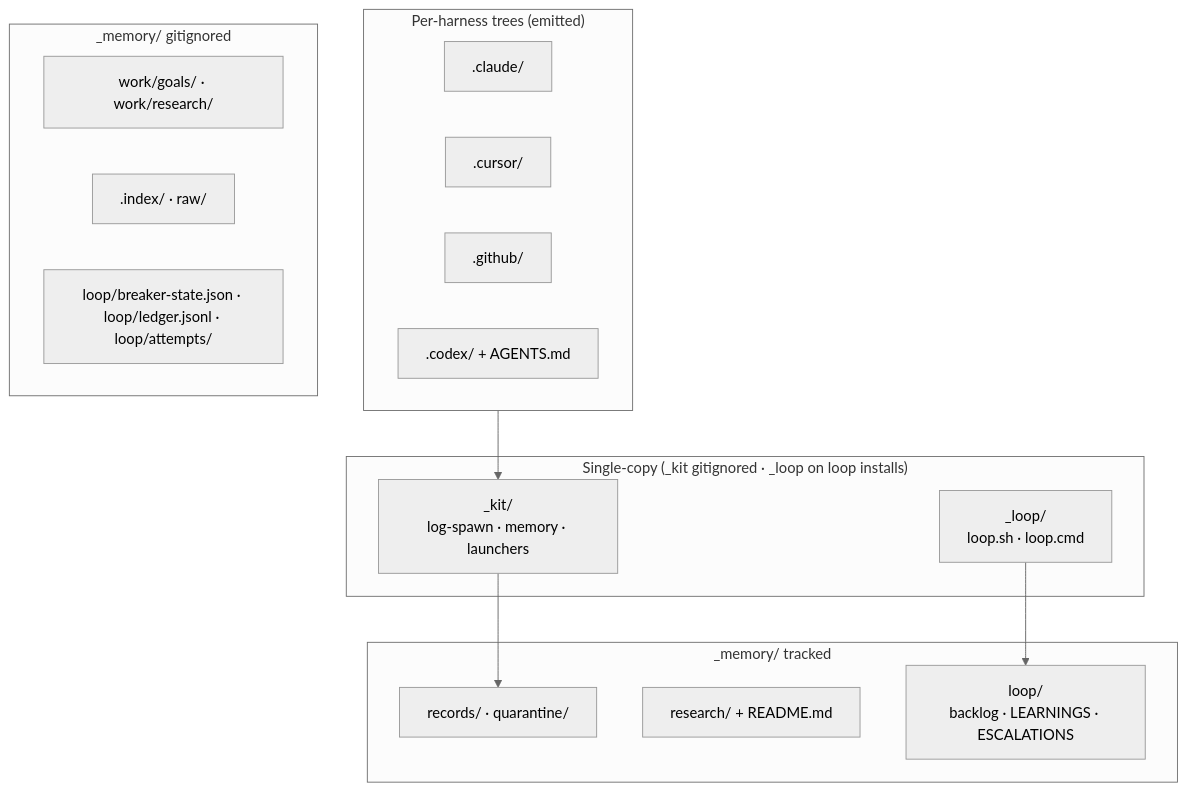
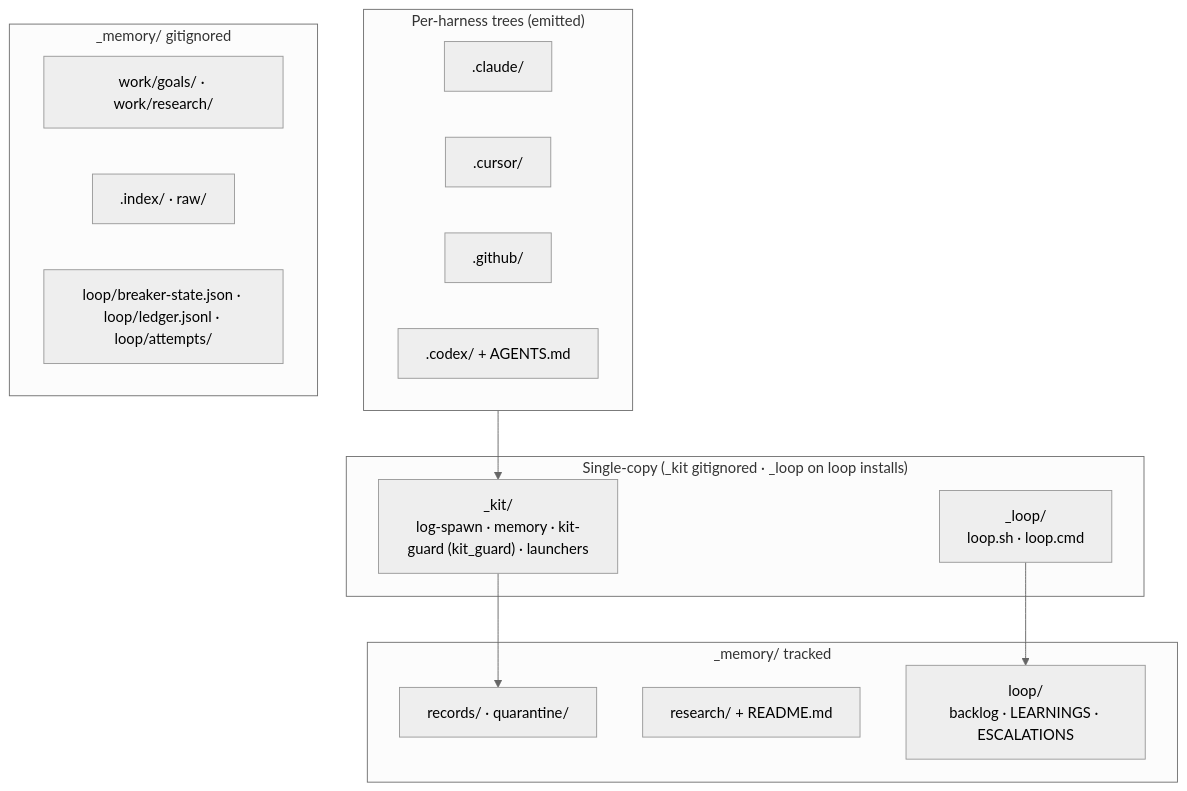
Before and after one commit to kdcllc/skills: the fourth of 12 diagrams in docs/agent-kit/guide/architecture.md, drawn with Mermaid (neutral theme). The commit also changed other lines of this file and 8 other files, not shown here.

First line of the commit message:
docs(agent-kit): align guides with opt_in, kit_guard and evaluator-gate changes

````diff
--- a/docs/agent-kit/guide/architecture.md
+++ b/docs/agent-kit/guide/architecture.md
@@ -100,30 +102,30 @@
 ```mermaid
 flowchart TD
     subgraph harnessTrees ["Per-harness trees (emitted)"]
         Claude[".claude/"]
         Cursor[".cursor/"]
         GitHub[".github/"]
         Codex[".codex/ + AGENTS.md"]
     end
 
     subgraph singleCopy ["Single-copy (_kit gitignored · _loop on loop installs)"]
-        Kit["_kit/\nlog-spawn · memory · launchers"]
+        Kit["_kit/\nlog-spawn · memory · kit-guard (kit_guard) · launchers"]
         Loop["_loop/\nloop.sh · loop.cmd"]
     end
 
     subgraph memTracked ["_memory/ tracked"]
         Rec["records/ · quarantine/"]
         ResIdx["research/ + README.md"]
         LoopMem["loop/\nbacklog · LEARNINGS · ESCALATIONS"]
     end
 
     subgraph memIgnored ["_memory/ gitignored"]
         Work["work/goals/ · work/research/"]
         Derive[".index/ · raw/"]
         Brk["loop/breaker-state.json · loop/ledger.jsonl · loop/attempts/"]
     end
 
     harnessTrees --> Kit
     Loop --> LoopMem
     Kit --> Rec
 ```
````
